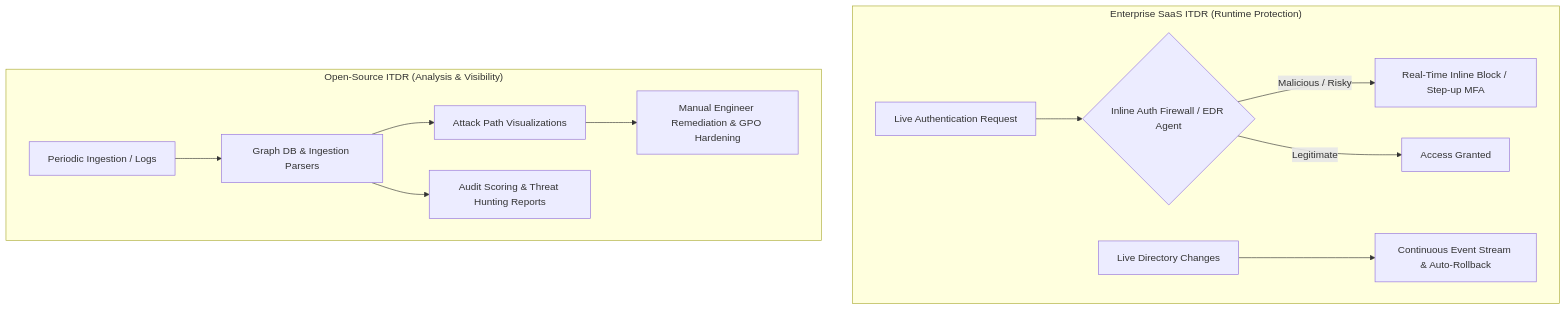
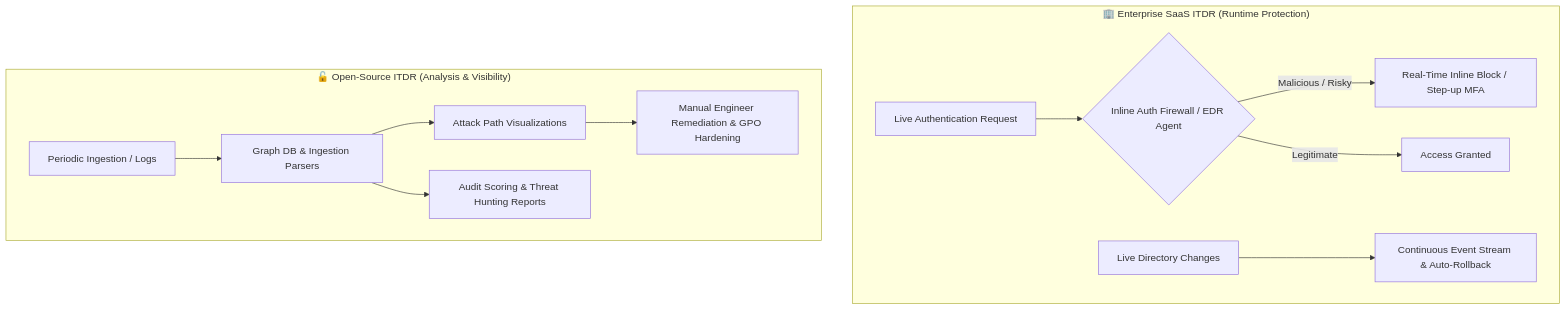
One commit to ishandutta2007/Awesome-Identity-Threat-Detection-Response-ITDR changed the diagram in README.md. Above: the diagram before and after it, drawn with Mermaid. The commit also changed other lines of this file and 1 other file, not shown here.

Commit message:
Decorate README with dynamic SVG banner, emojis, community badges, star history chart, and support section

````diff
--- a/README.md
+++ b/README.md
@@ -70,16 +87,16 @@
 ```mermaid
 flowchart TD
-    subgraph Enterprise_SaaS["Enterprise SaaS ITDR (Runtime Protection)"]
+    subgraph Enterprise_SaaS["🏢 Enterprise SaaS ITDR (Runtime Protection)"]
         A1[Live Authentication Request] --> B1{Inline Auth Firewall / EDR Agent}
         B1 -->|Malicious / Risky| C1[Real-Time Inline Block / Step-up MFA]
         B1 -->|Legitimate| D1[Access Granted]
         E1[Live Directory Changes] --> F1[Continuous Event Stream & Auto-Rollback]
     end
 
-    subgraph Open_Source["Open-Source ITDR (Analysis & Visibility)"]
+    subgraph Open_Source["🔓 Open-Source ITDR (Analysis & Visibility)"]
         A2[Periodic Ingestion / Logs] --> B2[Graph DB & Ingestion Parsers]
         B2 --> C2[Attack Path Visualizations]
         B2 --> D2[Audit Scoring & Threat Hunting Reports]
         C2 --> E2[Manual Engineer Remediation & GPO Hardening]
     end
 ```
````
